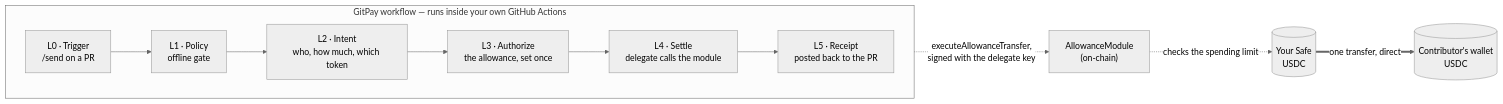
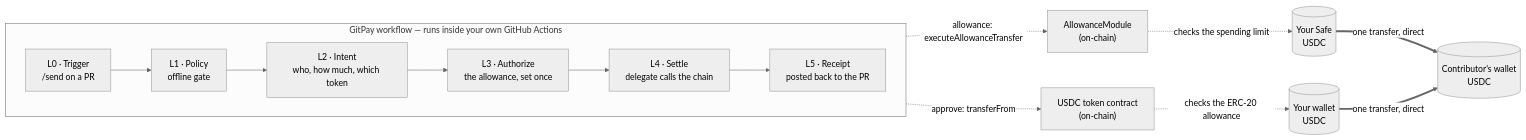
The first of 2 diagrams in SETTLEMENT-FLOW.md (StabilityNexus/GitPay), drawn with Mermaid (neutral theme) before and after one commit. The commit also changed other lines of this file and 4 other files, not shown here.

````diff
--- a/SETTLEMENT-FLOW.md
+++ b/SETTLEMENT-FLOW.md
@@ -36,19 +66,25 @@
 ```mermaid
 flowchart LR
     subgraph GP["GitPay workflow — runs inside your own GitHub Actions"]
         direction LR
         L0["L0 · Trigger<br/>/send on a PR"] --> L1["L1 · Policy<br/>offline gate"]
         L1 --> L2["L2 · Intent<br/>who, how much, which token"]
         L2 --> L3["L3 · Authorize<br/>the allowance, set once"]
-        L3 --> L4["L4 · Settle<br/>delegate calls the module"]
+        L3 --> L4["L4 · Settle<br/>delegate calls the chain"]
         L4 --> L5["L5 · Receipt<br/>posted back to the PR"]
     end
 
     S[("Your Safe<br/>USDC")]
     AM["AllowanceModule<br/>(on-chain)"]
+    WL[("Your wallet<br/>USDC")]
+    TK["USDC token contract<br/>(on-chain)"]
     CW[("Contributor's wallet<br/>USDC")]
 
-    L4 -. "executeAllowanceTransfer,<br/>signed with the delegate key" .-> AM
+    L4 -. "allowance: executeAllowanceTransfer" .-> AM
     AM -. "checks the spending limit" .-> S
     S == "one transfer, direct" ==> CW
+
+    L4 -. "approve: transferFrom" .-> TK
+    TK -. "checks the ERC-20 allowance" .-> WL
+    WL == "one transfer, direct" ==> CW
 ```
````
